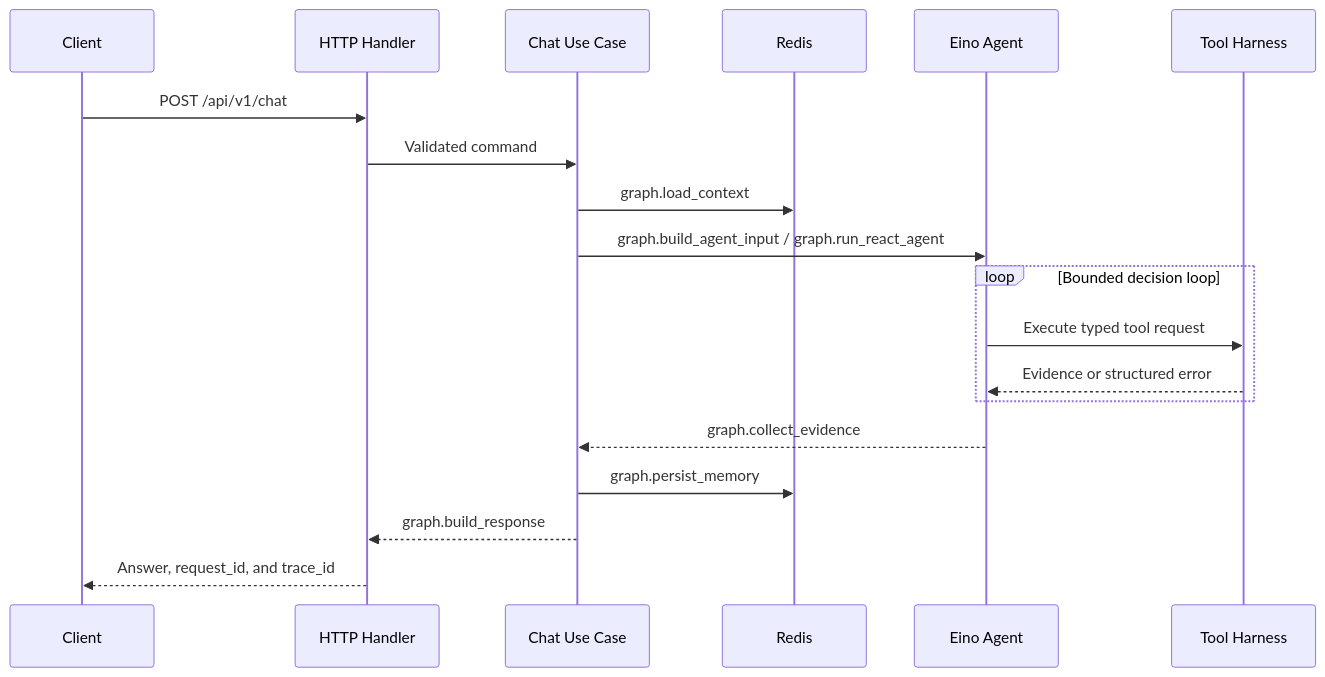
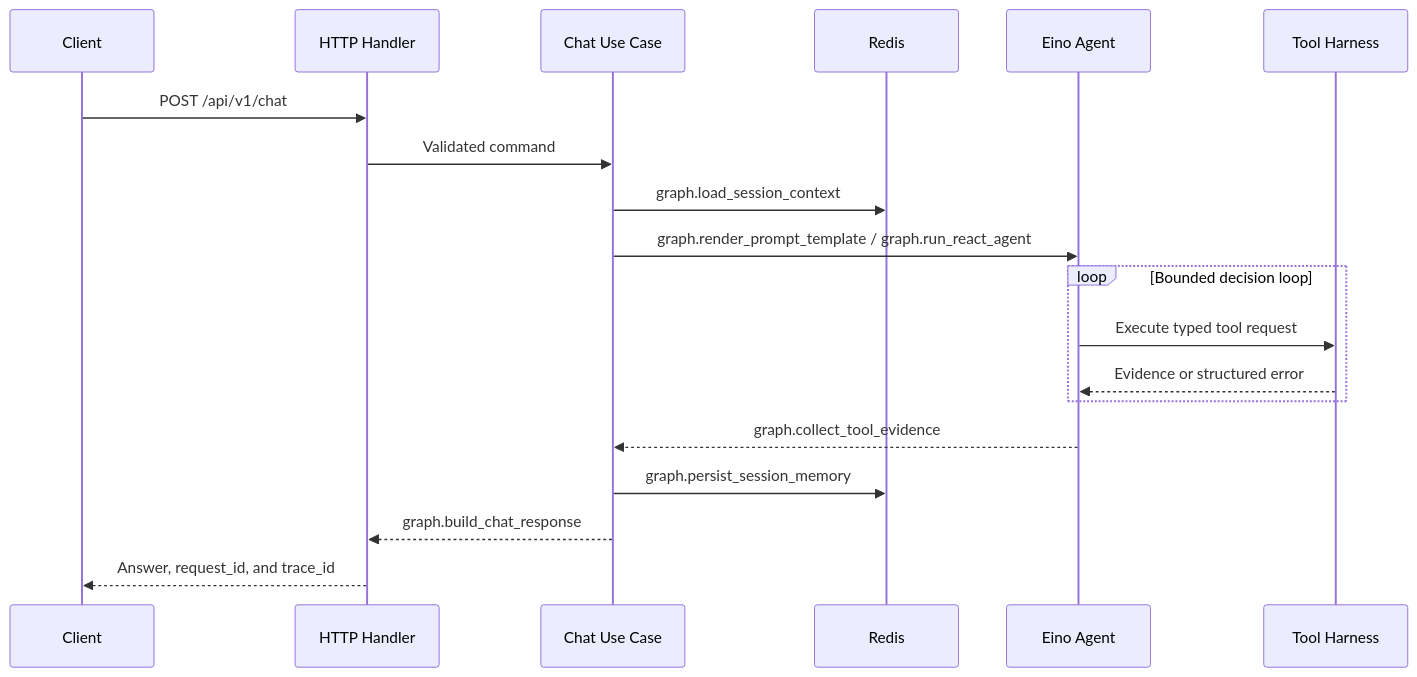
One commit to jiawei-wang-dev/WatchOps-Lite changed the third of 3 diagrams in docs/ARCHITECTURE.md. Above: the diagram before and after it, drawn with Mermaid. The commit also changed other lines of this file and 14 other files, not shown here.

Commit message:
refactor: use native Eino graph orchestration

````diff
--- a/docs/ARCHITECTURE.md
+++ b/docs/ARCHITECTURE.md
@@ -112,22 +114,22 @@
 ```mermaid
 sequenceDiagram
     participant C as Client
     participant H as HTTP Handler
     participant A as Chat Use Case
     participant R as Redis
     participant G as Eino Agent
     participant T as Tool Harness
 
     C->>H: POST /api/v1/chat
     H->>A: Validated command
-    A->>R: graph.load_context
-    A->>G: graph.build_agent_input / graph.run_react_agent
+    A->>R: graph.load_session_context
+    A->>G: graph.render_prompt_template / graph.run_react_agent
     loop Bounded decision loop
         G->>T: Execute typed tool request
         T-->>G: Evidence or structured error
     end
-    G-->>A: graph.collect_evidence
-    A->>R: graph.persist_memory
-    A-->>H: graph.build_response
+    G-->>A: graph.collect_tool_evidence
+    A->>R: graph.persist_session_memory
+    A-->>H: graph.build_chat_response
     H-->>C: Answer, request_id, and trace_id
 ```
````
